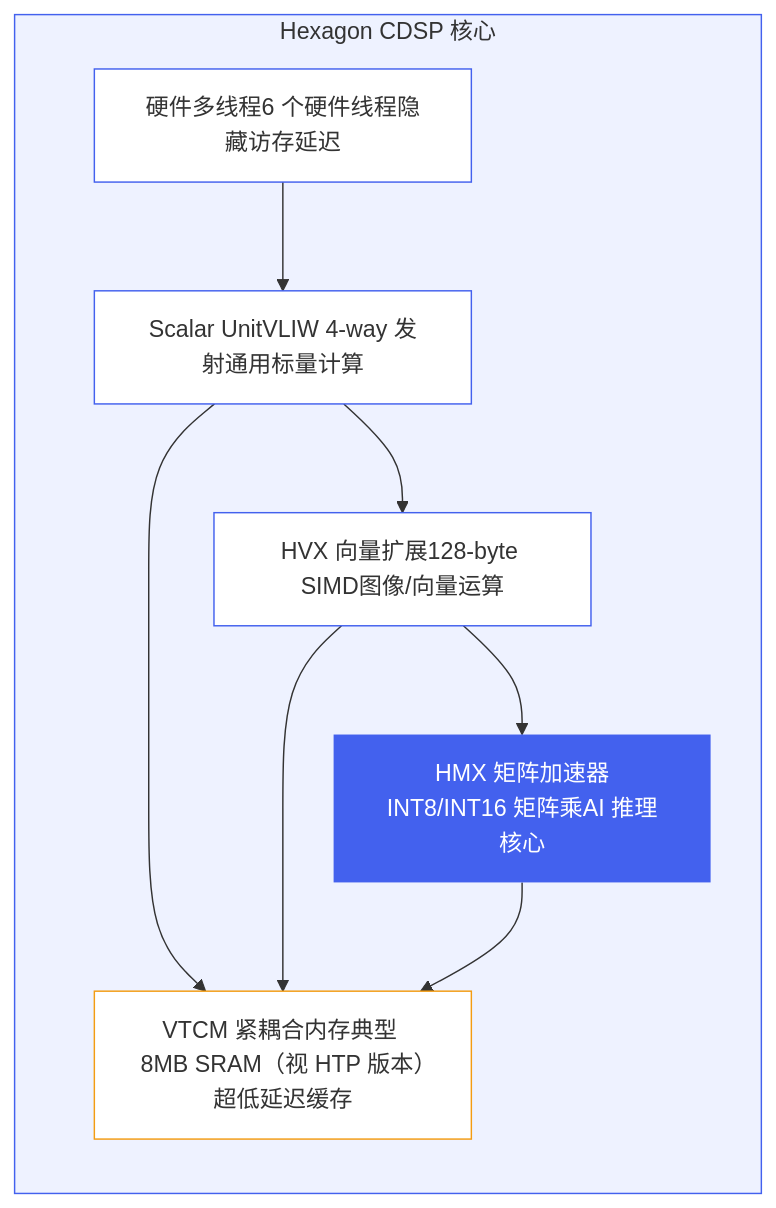
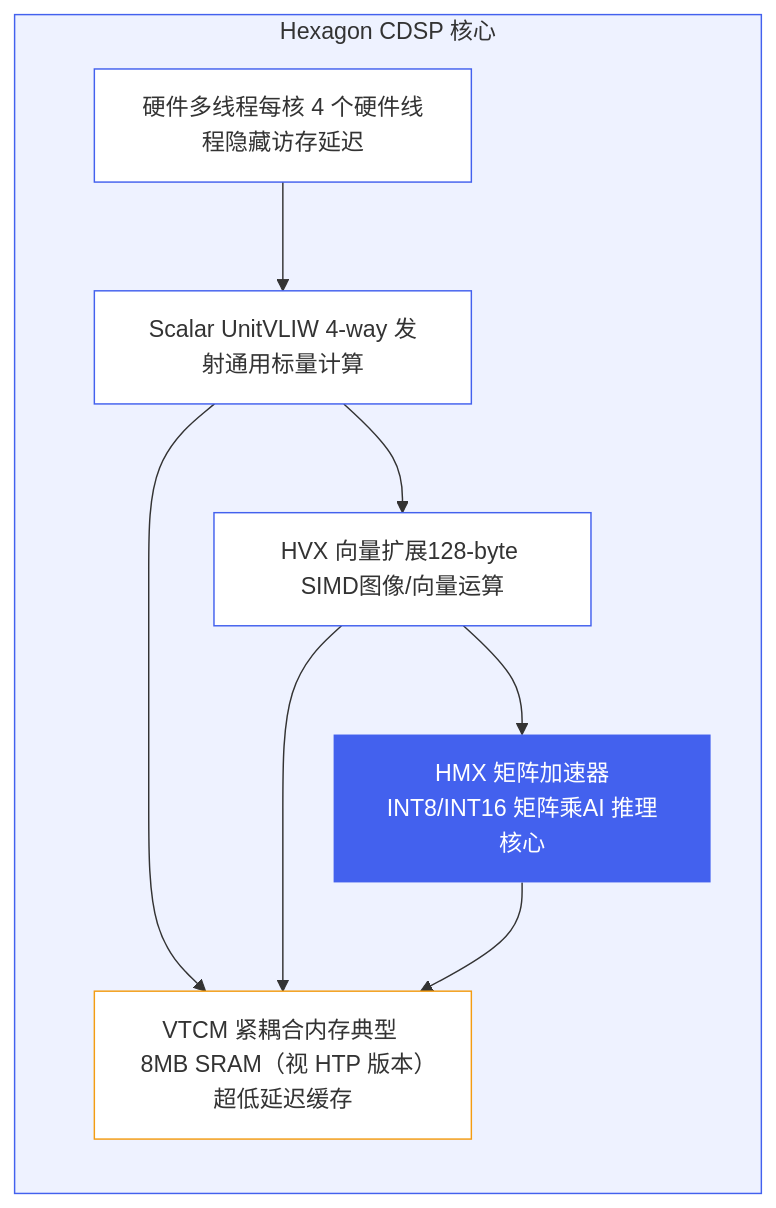
One commit to ranpin/edge-ai-docs changed the second of 9 diagrams in cockpit/general/hardware.md. Above: the diagram before and after it, drawn with Mermaid. The commit also changed other lines of this file and 4 other files, not shown here.

````diff
--- a/cockpit/general/hardware.md
+++ b/cockpit/general/hardware.md
@@ -90,24 +108,24 @@
 ```mermaid
 graph LR
     subgraph Hexagon_CDSP["Hexagon CDSP 核心"]
         direction TB
         SCALAR["Scalar UnitVLIW 4-way 发射通用标量计算"]
         HVX["HVX 向量扩展128-byte SIMD图像/向量运算"]
         HMX["HMX 矩阵加速器INT8/INT16 矩阵乘AI 推理核心"]
         VTCM["VTCM 紧耦合内存典型 8MB SRAM（视 HTP 版本）超低延迟缓存"]
-        HWT["硬件多线程6 个硬件线程隐藏访存延迟"]
+        HWT["硬件多线程每核 4 个硬件线程隐藏访存延迟"]
     end
     SCALAR --> HVX
     HVX --> HMX
     SCALAR --> VTCM
     HVX --> VTCM
     HMX --> VTCM
     HWT --> SCALAR
 
     style Hexagon_CDSP fill:#eef2ff,stroke:#4361ee
     style SCALAR fill:#fff,stroke:#4361ee
     style HVX fill:#fff,stroke:#4361ee
     style HMX fill:#4361ee,color:#fff,stroke:none
     style VTCM fill:#fff,stroke:#f39c12
     style HWT fill:#fff,stroke:#4361ee
 ```
````
